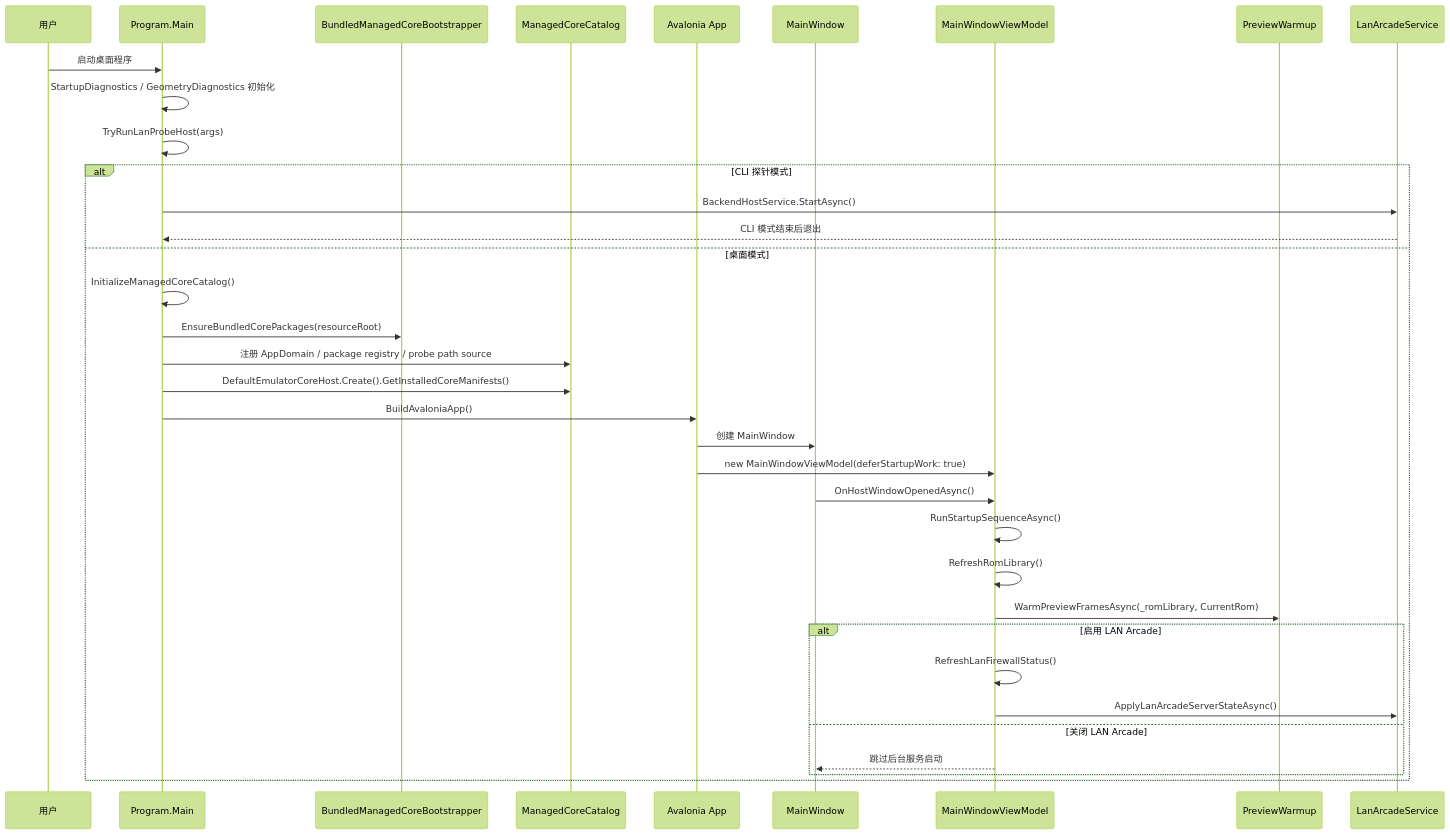
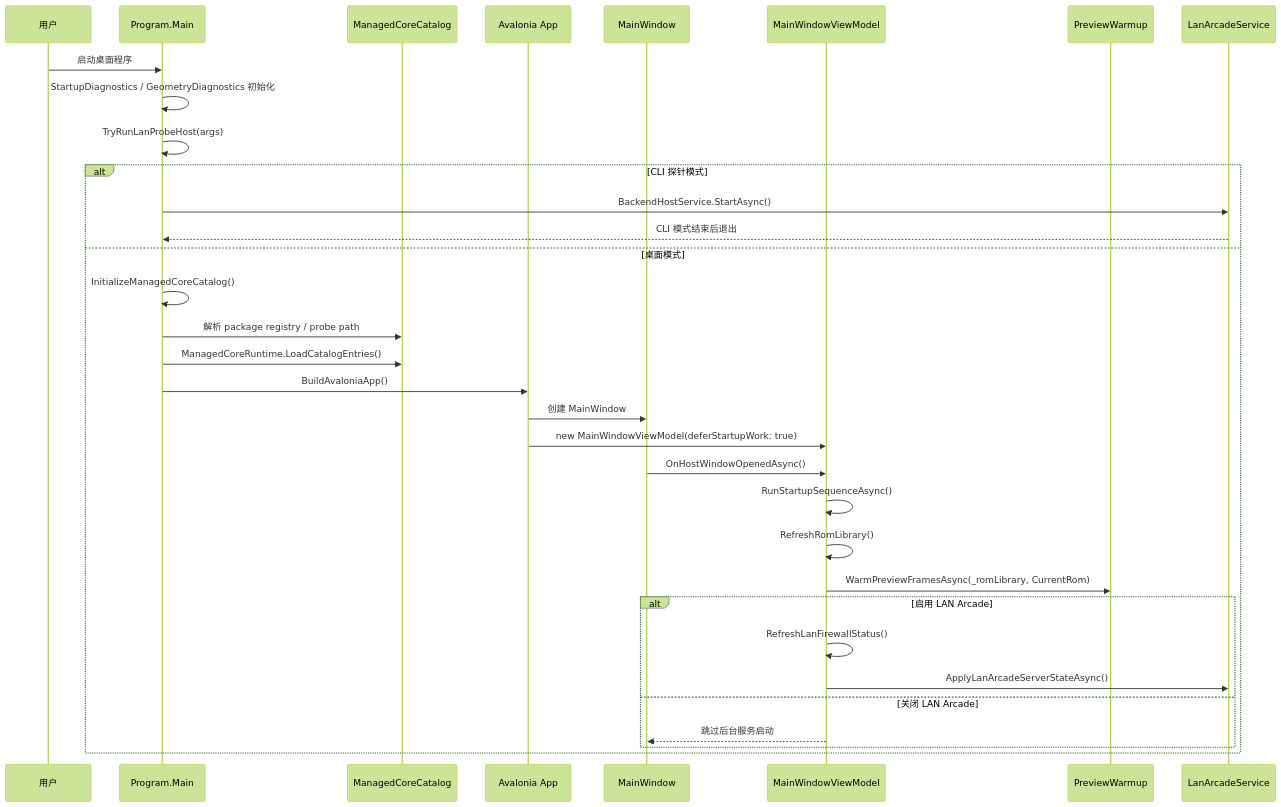
One commit to pxm-yls/FC-revolution changed the second of 6 diagrams in docs/whats-new/FC-REVOLUTION-CURRENT-RUNTIME-FLOW.md. Above: the diagram before and after it, drawn with Mermaid (forest theme). The commit also changed other lines of this file and 18 other files, not shown here.

````diff
--- a/docs/whats-new/FC-REVOLUTION-CURRENT-RUNTIME-FLOW.md
+++ b/docs/whats-new/FC-REVOLUTION-CURRENT-RUNTIME-FLOW.md
@@ -49,38 +48,36 @@
 ```mermaid
 sequenceDiagram
     participant User as 用户
     participant Program as Program.Main
-    participant Bootstrap as BundledManagedCoreBootstrapper
     participant Catalog as ManagedCoreCatalog
     participant App as Avalonia App
     participant Window as MainWindow
     participant VM as MainWindowViewModel
     participant Preview as PreviewWarmup
     participant LAN as LanArcadeService
 
     User->>Program: 启动桌面程序
     Program->>Program: StartupDiagnostics / GeometryDiagnostics 初始化
     Program->>Program: TryRunLanProbeHost(args)
     alt CLI 探针模式
         Program->>LAN: BackendHostService.StartAsync()
         LAN-->>Program: CLI 模式结束后退出
     else 桌面模式
         Program->>Program: InitializeManagedCoreCatalog()
-        Program->>Bootstrap: EnsureBundledCorePackages(resourceRoot)
-        Program->>Catalog: 注册 AppDomain / package registry / probe path source
-        Program->>Catalog: DefaultEmulatorCoreHost.Create().GetInstalledCoreManifests()
+        Program->>Catalog: 解析 package registry / probe path
+        Program->>Catalog: ManagedCoreRuntime.LoadCatalogEntries()
         Program->>App: BuildAvaloniaApp()
         App->>Window: 创建 MainWindow
         App->>VM: new MainWindowViewModel(deferStartupWork: true)
         Window->>VM: OnHostWindowOpenedAsync()
         VM->>VM: RunStartupSequenceAsync()
         VM->>VM: RefreshRomLibrary()
         VM->>Preview: WarmPreviewFramesAsync(_romLibrary, CurrentRom)
         alt 启用 LAN Arcade
             VM->>VM: RefreshLanFirewallStatus()
             VM->>LAN: ApplyLanArcadeServerStateAsync()
         else 关闭 LAN Arcade
             VM-->>Window: 跳过后台服务启动
         end
     end
 ```
````
